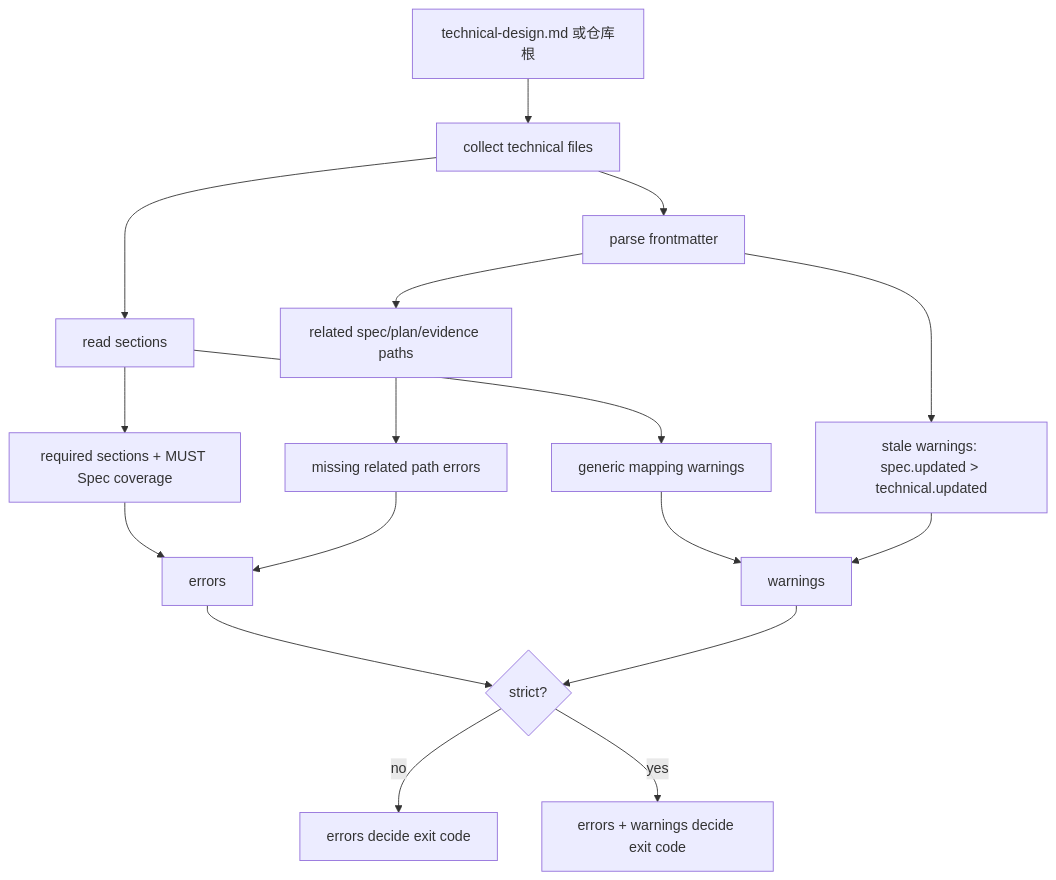
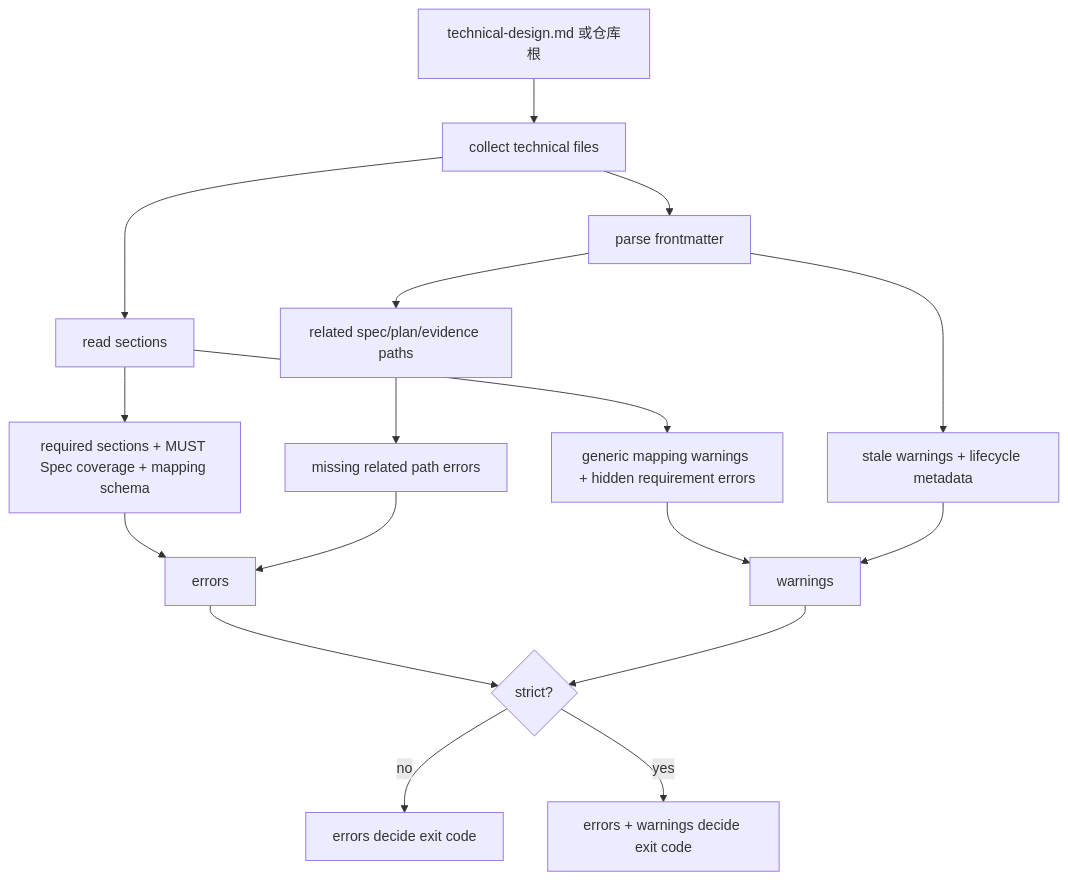
One commit to Vincen-dev/coding-plugins changed the diagram in docs/coding-plugins/features/plugin/technical-design-validator/technical/technical-design.md. Above: the diagram before and after it, drawn with Mermaid. The commit also changed other lines of this file and 23 other files, not shown here.

````diff
--- a/docs/coding-plugins/features/plugin/technical-design-validator/technical/technical-design.md
+++ b/docs/coding-plugins/features/plugin/technical-design-validator/technical/technical-design.md
@@ -81,19 +93,19 @@
 ```mermaid
 flowchart TD
   A["technical-design.md 或仓库根"] --> B["collect technical files"]
   B --> C["parse frontmatter"]
   B --> D["read sections"]
   C --> E["related spec/plan/evidence paths"]
-  D --> F["required sections + MUST Spec coverage"]
-  D --> G["generic mapping warnings"]
-  C --> H["stale warnings: spec.updated > technical.updated"]
+  D --> F["required sections + MUST Spec coverage + mapping schema"]
+  D --> G["generic mapping warnings + hidden requirement errors"]
+  C --> H["stale warnings + lifecycle metadata"]
   E --> I["missing related path errors"]
   F --> J["errors"]
   G --> K["warnings"]
   H --> K
   I --> J
   J --> L{"strict?"}
   K --> L
   L -->|no| M["errors decide exit code"]
   L -->|yes| N["errors + warnings decide exit code"]
 ```
````
